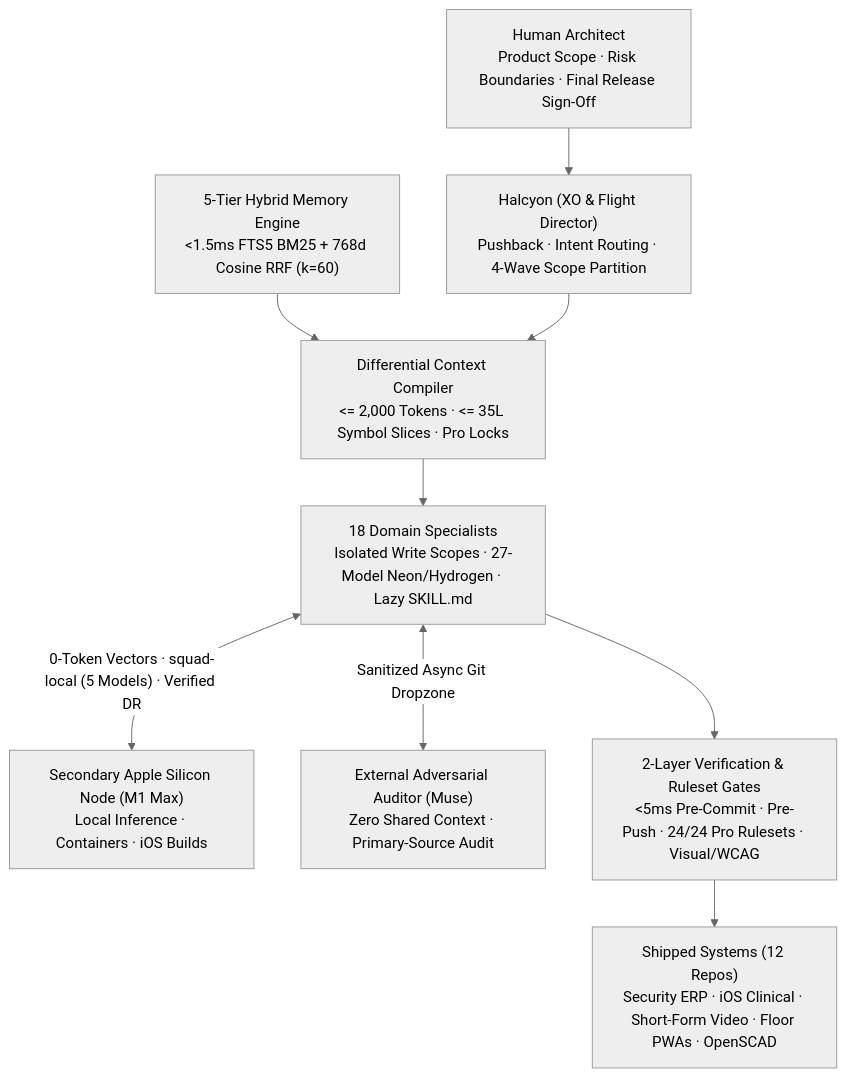
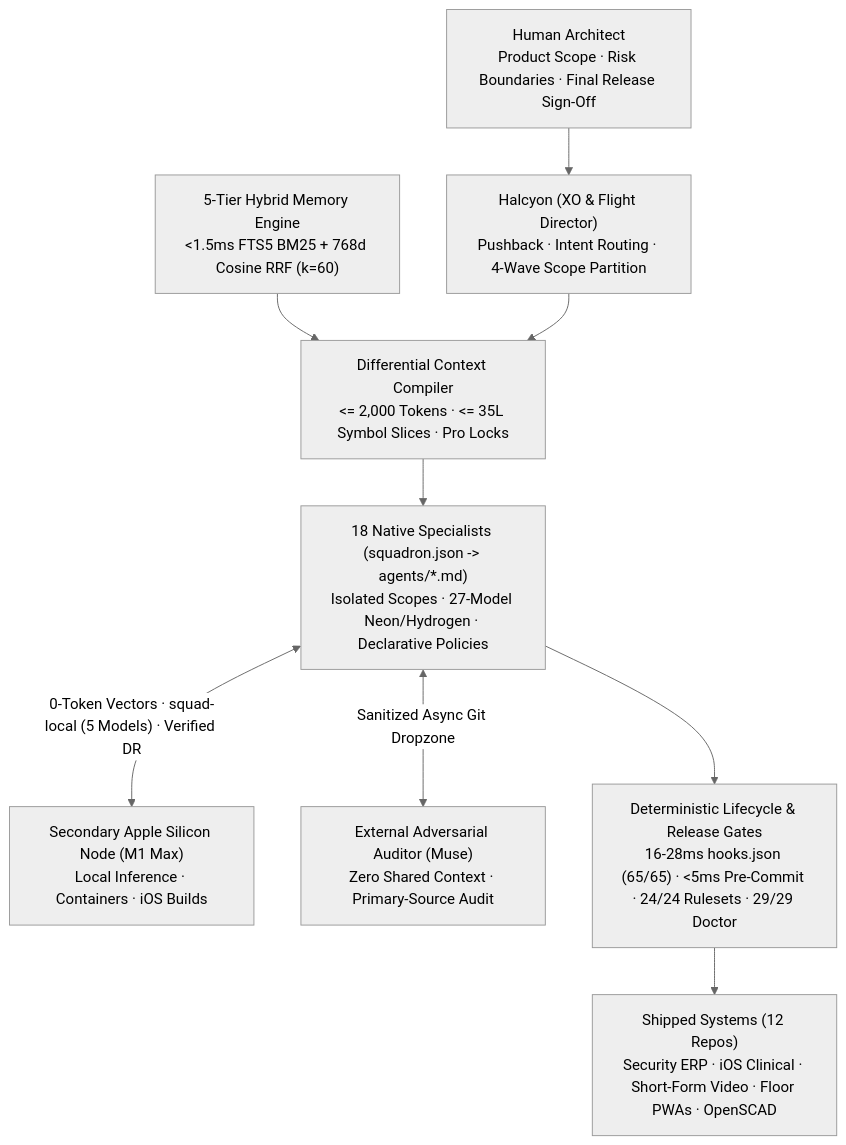
Before and after one commit to jhathcock-sys/Public-Showcase: the first of 3 diagrams in 02_AI-Systems-Architecture/00-Cognitive-Architecture-Overview.md, drawn with Mermaid (neutral theme). The commit also changed other lines of this file and 5 other files, not shown here.

Commit message:
docs(showcase): document lifecycle hooks, SSOT native agents, hydrated worktrees, and 29-check doctor

````diff
--- a/02_AI-Systems-Architecture/00-Cognitive-Architecture-Overview.md
+++ b/02_AI-Systems-Architecture/00-Cognitive-Architecture-Overview.md
@@ -28,14 +28,14 @@
 ```mermaid
 flowchart TB
     Human["Human Architect\nProduct Scope · Risk Boundaries · Final Release Sign-Off"] --> MC["Halcyon (XO & Flight Director)\nPushback · Intent Routing · 4-Wave Scope Partition"]
 
     Memory["5-Tier Hybrid Memory Engine\n<1.5ms FTS5 BM25 + 768d Cosine RRF (k=60)"] --> Context["Differential Context Compiler\n<= 2,000 Tokens · <= 35L Symbol Slices · Pro Locks"]
     MC --> Context
 
-    Context --> Squad["18 Domain Specialists\nIsolated Write Scopes · 27-Model Neon/Hydrogen · Lazy SKILL.md"]
+    Context --> Squad["18 Native Specialists (squadron.json -> agents/*.md)\nIsolated Scopes · 27-Model Neon/Hydrogen · Declarative Policies"]
     Squad <-->|"0-Token Vectors · squad-local (5 Models) · Verified DR"| Node2["Secondary Apple Silicon Node (M1 Max)\nLocal Inference · Containers · iOS Builds"]
     Squad <-->|"Sanitized Async Git Dropzone"| Auditor["External Adversarial Auditor (Muse)\nZero Shared Context · Primary-Source Audit"]
 
-    Squad --> Gates["2-Layer Verification & Ruleset Gates\n<5ms Pre-Commit · Pre-Push · 24/24 Pro Rulesets · Visual/WCAG"]
+    Squad --> Gates["Deterministic Lifecycle & Release Gates\n16-28ms hooks.json (65/65) · <5ms Pre-Commit · 24/24 Rulesets · 29/29 Doctor"]
     Gates --> Prod["Shipped Systems (12 Repos)\nSecurity ERP · iOS Clinical · Short-Form Video · Floor PWAs · OpenSCAD"]
 ```
````
